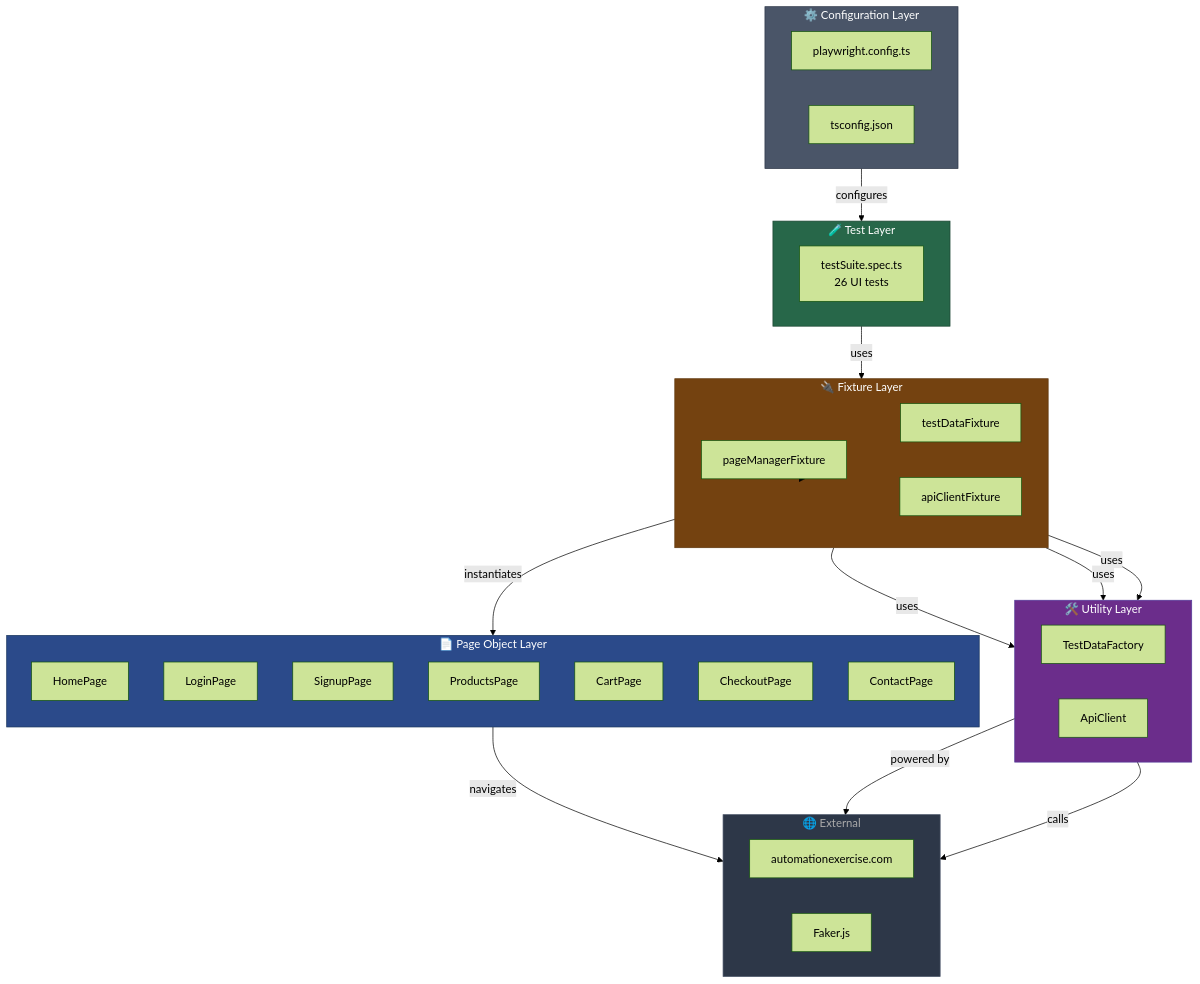
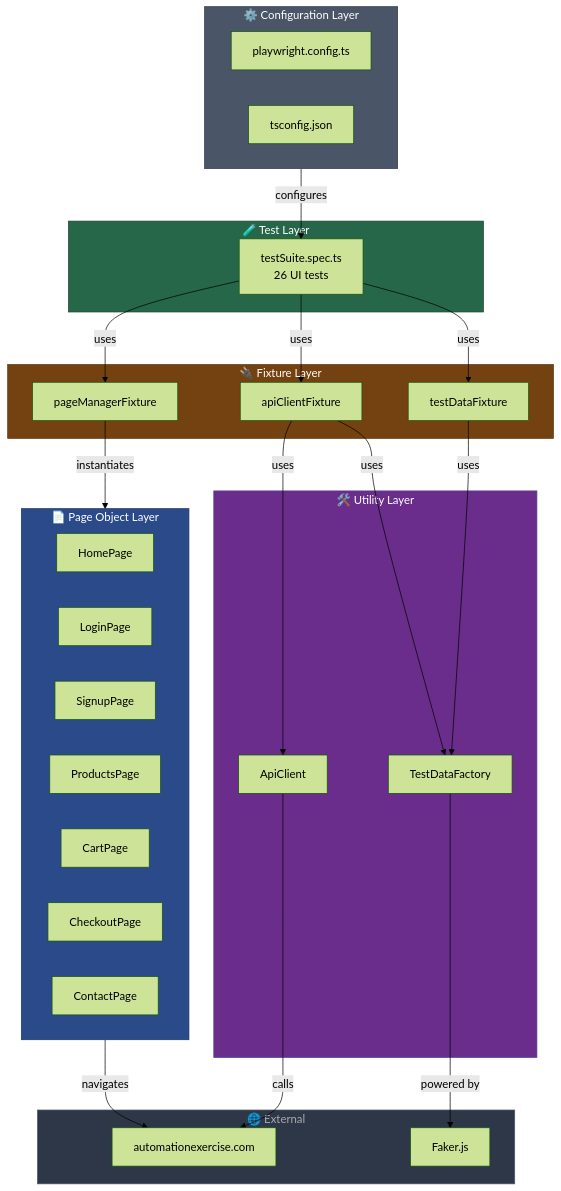
Before and after one commit to mmislej/playwright-automation-framework-portfolio: the diagram in README.md, drawn with Mermaid (forest theme).

Commit message:
Fix Mermaid chart arrows and remove invalid subgraph connections

````diff
--- a/README.md
+++ b/README.md
@@ -66,63 +66,56 @@
 ```mermaid
 flowchart TD
     subgraph CONFIG["⚙️ Configuration Layer"]
-        direction LR
         PC["playwright.config.ts"]
         TS["tsconfig.json"]
     end
 
     subgraph TESTS["🧪 Test Layer"]
-        direction LR
         SPEC["testSuite.spec.ts\n26 UI tests"]
     end
 
     subgraph FIXTURES["🔌 Fixture Layer"]
-        direction LR
         PMF["pageManagerFixture"]
         TDF["testDataFixture"]
         ACF["apiClientFixture"]
     end
 
     subgraph PAGES["📄 Page Object Layer"]
-        direction TB
         HP["HomePage"]
         LP["LoginPage"]
         SP["SignupPage"]
         PP["ProductsPage"]
         CP["CartPage"]
         CHP["CheckoutPage"]
         COP["ContactPage"]
     end
 
     subgraph UTILS["🛠️ Utility Layer"]
-        direction LR
         TDF2["TestDataFactory"]
         AC["ApiClient"]
     end
 
     subgraph EXTERNAL["🌐 External"]
-        direction LR
         SITE["automationexercise.com"]
         FAKER["Faker.js"]
     end
 
-    TESTS -->|uses| FIXTURES
-    FIXTURES --> PMF
-    FIXTURES --> TDF
-    FIXTURES --> ACF
+    CONFIG -->|configures| SPEC
+    SPEC -->|uses| PMF
+    SPEC -->|uses| TDF
+    SPEC -->|uses| ACF
     PMF -->|instantiates| PAGES
     TDF -->|uses| TDF2
     ACF -->|uses| AC
     ACF -->|uses| TDF2
     TDF2 -->|powered by| FAKER
     AC -->|calls| SITE
     PAGES -->|navigates| SITE
-    CONFIG -->|configures| TESTS
 
     style CONFIG fill:#4A5568,color:#fff,stroke:#2D3748
     style TESTS fill:#276749,color:#fff,stroke:#1C4532
     style FIXTURES fill:#744210,color:#fff,stroke:#5F370E
     style PAGES fill:#2B4A8A,color:#fff,stroke:#1A365D
     style UTILS fill:#6B2D8B,color:#fff,stroke:#553C9A
     style EXTERNAL fill:#2D3748,color:#aaa,stroke:#4A5568
 ```
````
